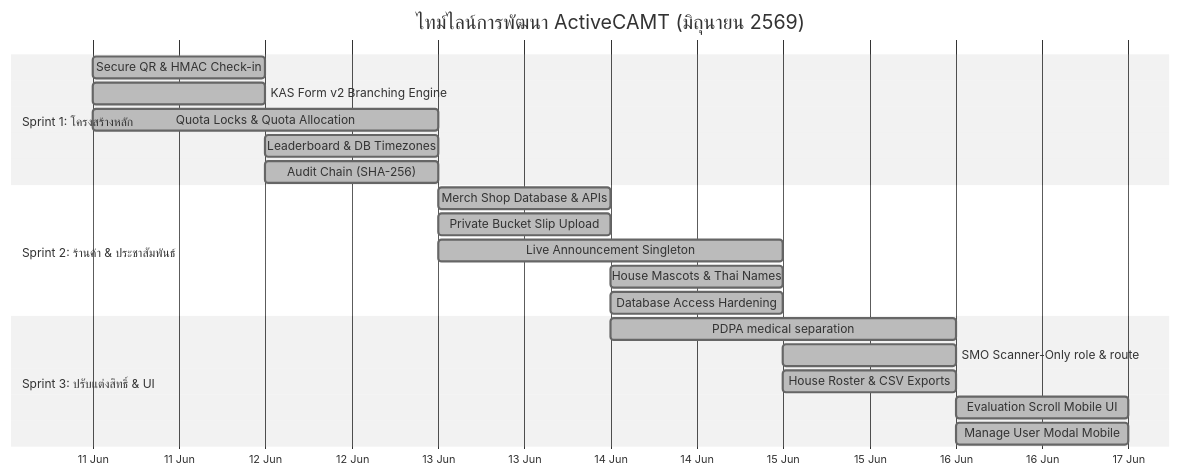
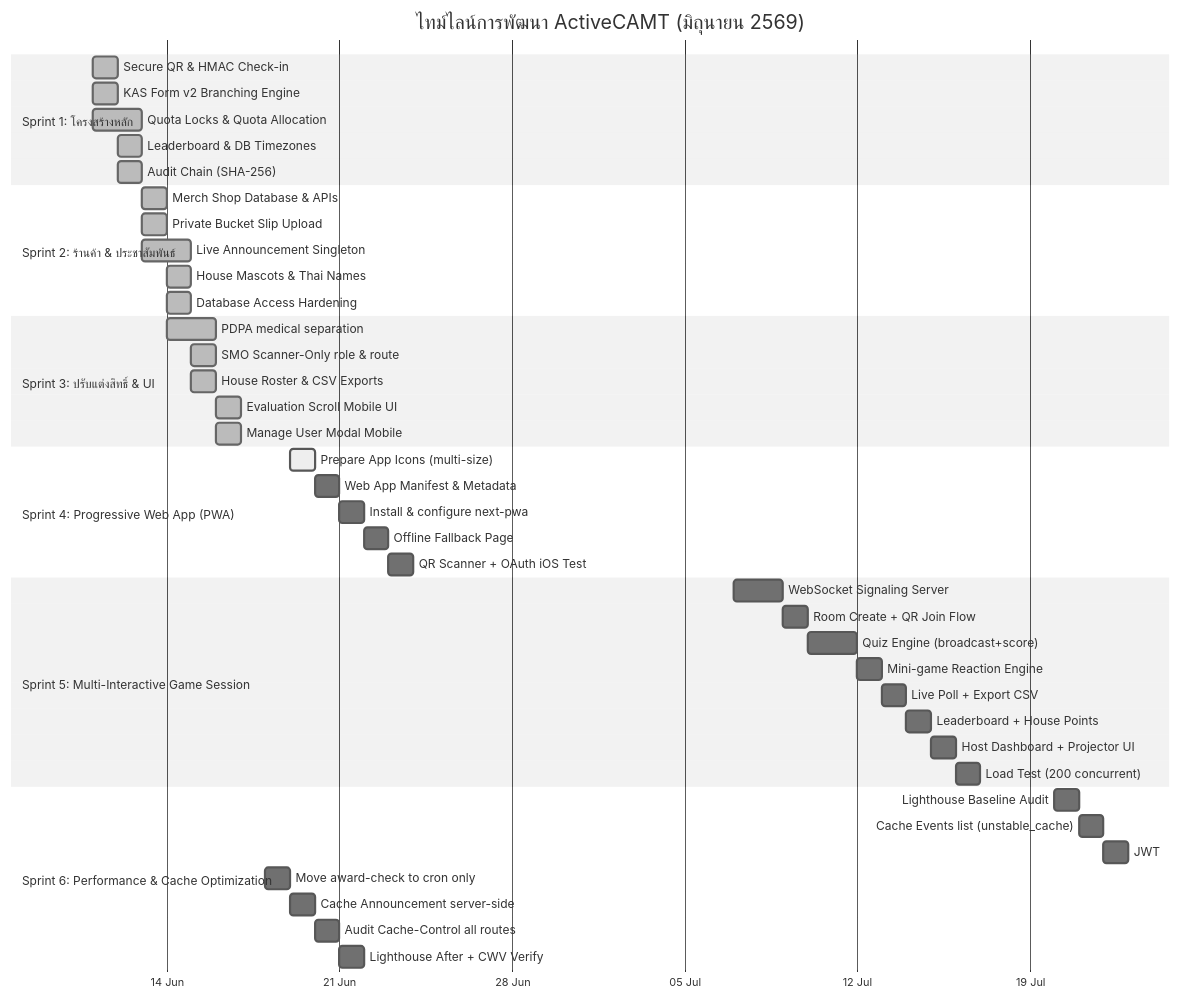
One commit to daydeda/songsue changed the diagram in docs/agile/02-sprint-planning.md. Above: the diagram before and after it, drawn with Mermaid (neutral theme). The commit also changed other lines of this file and 10 other files, not shown here.

````diff
--- a/docs/agile/02-sprint-planning.md
+++ b/docs/agile/02-sprint-planning.md
@@ -23,27 +26,53 @@
 ```mermaid
 gantt
     title ไทม์ไลน์การพัฒนา ActiveCAMT (มิถุนายน 2569)
     dateFormat  YYYY-MM-DD
     axisFormat  %d %b
     
     section Sprint 1: โครงสร้างหลัก
     Secure QR & HMAC Check-in   :done, s1_1, 2026-06-11, 1d
     KAS Form v2 Branching Engine :done, s1_2, 2026-06-11, 1d
     Quota Locks & Quota Allocation :done, s1_3, 2026-06-11, 2d
     Leaderboard & DB Timezones   :done, s1_4, 2026-06-12, 1d
     Audit Chain (SHA-256)       :done, s1_5, 2026-06-12, 1d
     
     section Sprint 2: ร้านค้า & ประชาสัมพันธ์
     Merch Shop Database & APIs  :done, s2_1, 2026-06-13, 1d
     Private Bucket Slip Upload  :done, s2_2, 2026-06-13, 1d
     Live Announcement Singleton  :done, s2_3, 2026-06-13, 2d
     House Mascots & Thai Names   :done, s2_4, 2026-06-14, 1d
     Database Access Hardening   :done, s2_5, 2026-06-14, 1d
     
     section Sprint 3: ปรับแต่งสิทธิ์ & UI
     PDPA medical separation     :done, s3_1, 2026-06-14, 2d
     SMO Scanner-Only role & route:done, s3_2, 2026-06-15, 1d
     House Roster & CSV Exports  :done, s3_3, 2026-06-15, 1d
     Evaluation Scroll Mobile UI  :done, s3_4, 2026-06-16, 1d
     Manage User Modal Mobile     :done, s3_5, 2026-06-16, 1d
+
+    section Sprint 4: Progressive Web App (PWA)
+    Prepare App Icons (multi-size):active, s4_1, 2026-06-19, 1d
+    Web App Manifest & Metadata  :s4_2, after s4_1, 1d
+    Install & configure next-pwa  :s4_3, after s4_2, 1d
+    Offline Fallback Page        :s4_4, after s4_3, 1d
+    QR Scanner + OAuth iOS Test  :s4_5, after s4_4, 1d
+
+    section Sprint 5: Multi-Interactive Game Session
+    WebSocket Signaling Server   :s5_1, 2026-07-07, 2d
+    Room Create + QR Join Flow   :s5_2, after s5_1, 1d
+    Quiz Engine (broadcast+score):s5_3, after s5_2, 2d
+    Mini-game Reaction Engine    :s5_4, after s5_3, 1d
+    Live Poll + Export CSV       :s5_5, after s5_4, 1d
+    Leaderboard + House Points   :s5_6, after s5_5, 1d
+    Host Dashboard + Projector UI:s5_7, after s5_6, 1d
+    Load Test (200 concurrent)   :s5_8, after s5_7, 1d
+
+    section Sprint 6: Performance & Cache Optimization
+    Lighthouse Baseline Audit    :s6_1, 2026-07-20, 1d
+    Cache Events list (unstable_cache):s6_2, after s6_1, 1d
+    JWT: add major to session token:s6_3, after s6_2, 1d
+    Move award-check to cron only:s6_4, after s6_3, 1d
+    Cache Announcement server-side:s6_5, after s6_4, 1d
+    Audit Cache-Control all routes:s6_6, after s6_5, 1d
+    Lighthouse After + CWV Verify :s6_7, after s6_6, 1d
 ```
````
